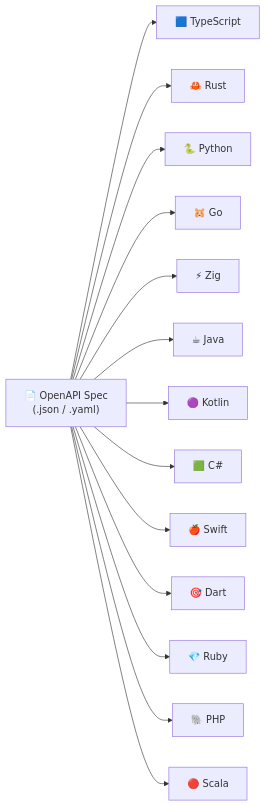
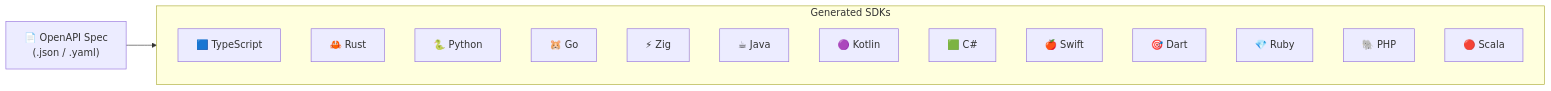
The diagram in README.md (hdresearch/sterling), drawn with Mermaid before and after one commit.

Commit message:
docs: group SDK languages into subgraph box for grid layout

````diff
--- a/README.md
+++ b/README.md
@@ -7,18 +7,22 @@
 ```mermaid
 flowchart LR
     spec["📄 OpenAPI Spec\n(.json / .yaml)"]
 
-    spec --> ts["🟦 TypeScript"]
-    spec --> rs["🦀 Rust"]
-    spec --> py["🐍 Python"]
-    spec --> go["🐹 Go"]
-    spec --> zig["⚡ Zig"]
-    spec --> java["☕ Java"]
-    spec --> kt["🟣 Kotlin"]
-    spec --> cs["🟩 C#"]
-    spec --> swift["🍎 Swift"]
-    spec --> dart["🎯 Dart"]
-    spec --> rb["💎 Ruby"]
-    spec --> php["🐘 PHP"]
-    spec --> scala["🔴 Scala"]
+    spec --> sdks
+
+    subgraph sdks["Generated SDKs"]
+        ts["🟦 TypeScript"]
+        rs["🦀 Rust"]
+        py["🐍 Python"]
+        go["🐹 Go"]
+        zig["⚡ Zig"]
+        java["☕ Java"]
+        kt["🟣 Kotlin"]
+        cs["🟩 C#"]
+        swift["🍎 Swift"]
+        dart["🎯 Dart"]
+        rb["💎 Ruby"]
+        php["🐘 PHP"]
+        scala["🔴 Scala"]
+    end
 ```
````
